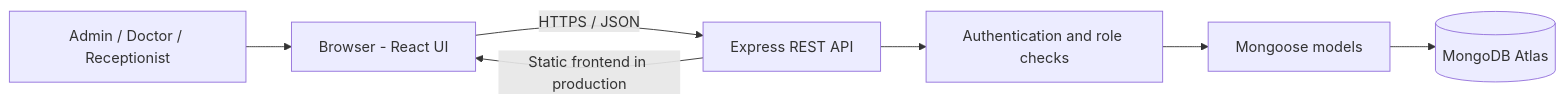
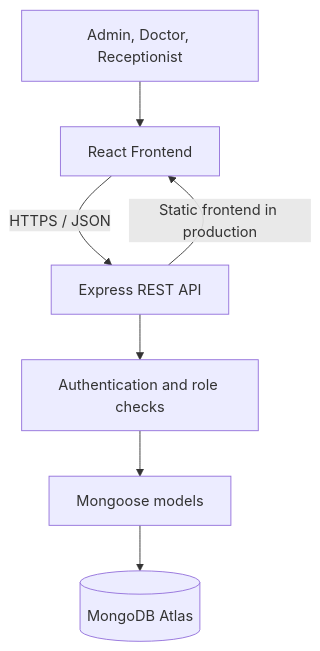
One commit to harsha-nm/MediFlow changed the first of 3 diagrams in README.md. Above: the diagram before and after it, drawn with Mermaid. The commit also changed other lines of this file, not shown here.

Commit message:
Fix Mermaid diagram rendering

````diff
--- a/README.md
+++ b/README.md
@@ -43,9 +43,9 @@
 ```mermaid
-flowchart LR
-    U[Admin / Doctor / Receptionist] --> B[Browser - React UI]
+graph TD
+    U["Admin, Doctor, Receptionist"] --> B["React Frontend"]
     B -->|HTTPS / JSON| A[Express REST API]
     A --> M[Authentication and role checks]
     M --> D[Mongoose models]
     D --> C[(MongoDB Atlas)]
     A -->|Static frontend in production| B
 ```
````
